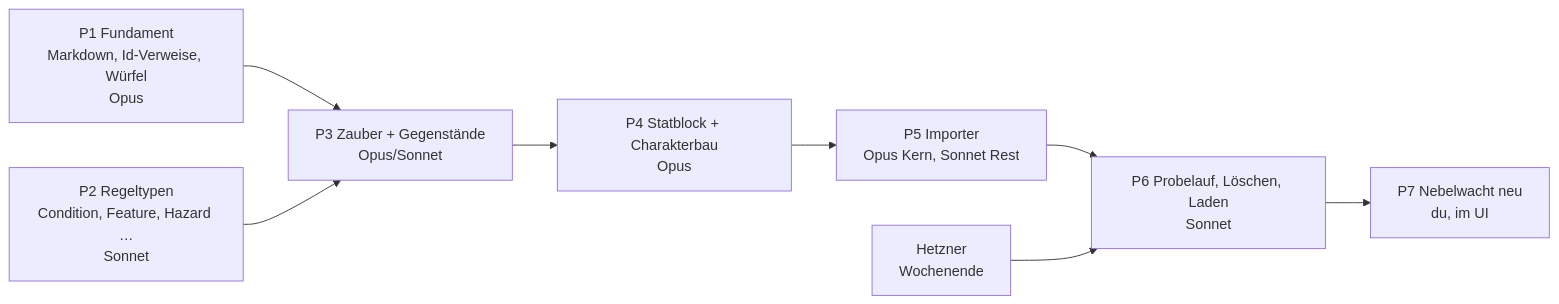
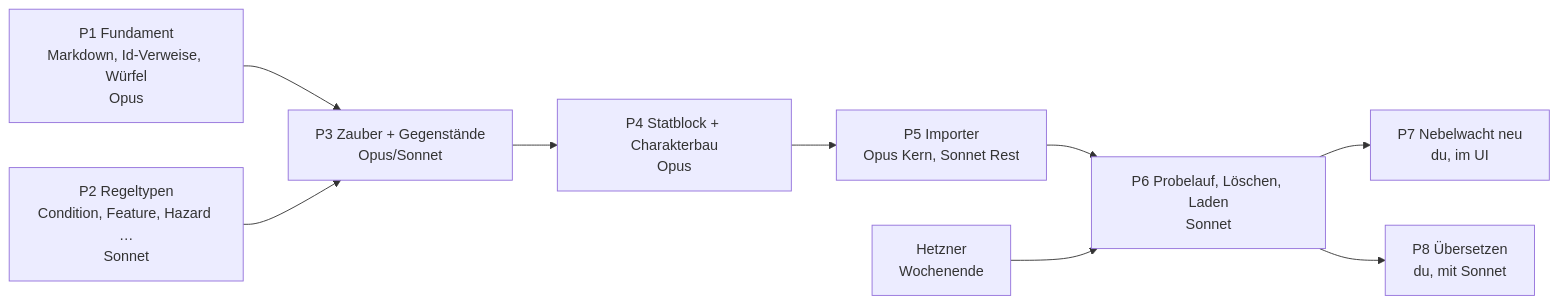
Before and after one commit to Mrfudog/Atlas-Mentis: the second of 2 diagrams in docs/5etools-Arbeitsplan.md, drawn with Mermaid. The commit also changed other lines of this file and 2 other files, not shown here.

````diff
--- a/docs/5etools-Arbeitsplan.md
+++ b/docs/5etools-Arbeitsplan.md
@@ -171,10 +249,11 @@
 ```mermaid
 flowchart LR
   P1[P1 Fundament<br/>Markdown, Id-Verweise, Würfel<br/>Opus] --> P3
   P2[P2 Regeltypen<br/>Condition, Feature, Hazard …<br/>Sonnet] --> P3
   P3[P3 Zauber + Gegenstände<br/>Opus/Sonnet] --> P4
   P4[P4 Statblock + Charakterbau<br/>Opus] --> P5
   P5[P5 Importer<br/>Opus Kern, Sonnet Rest] --> P6
   H[Hetzner<br/>Wochenende] --> P6
   P6[P6 Probelauf, Löschen, Laden<br/>Sonnet] --> P7[P7 Nebelwacht neu<br/>du, im UI]
+  P6 --> P8[P8 Übersetzen<br/>du, mit Sonnet]
 ```
````
